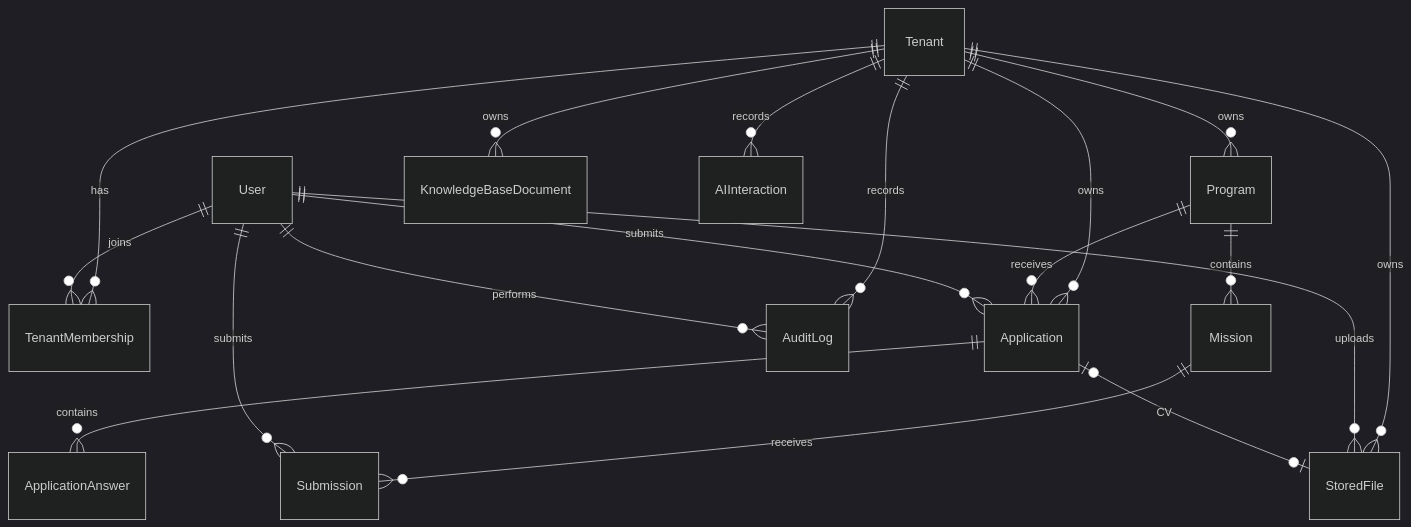
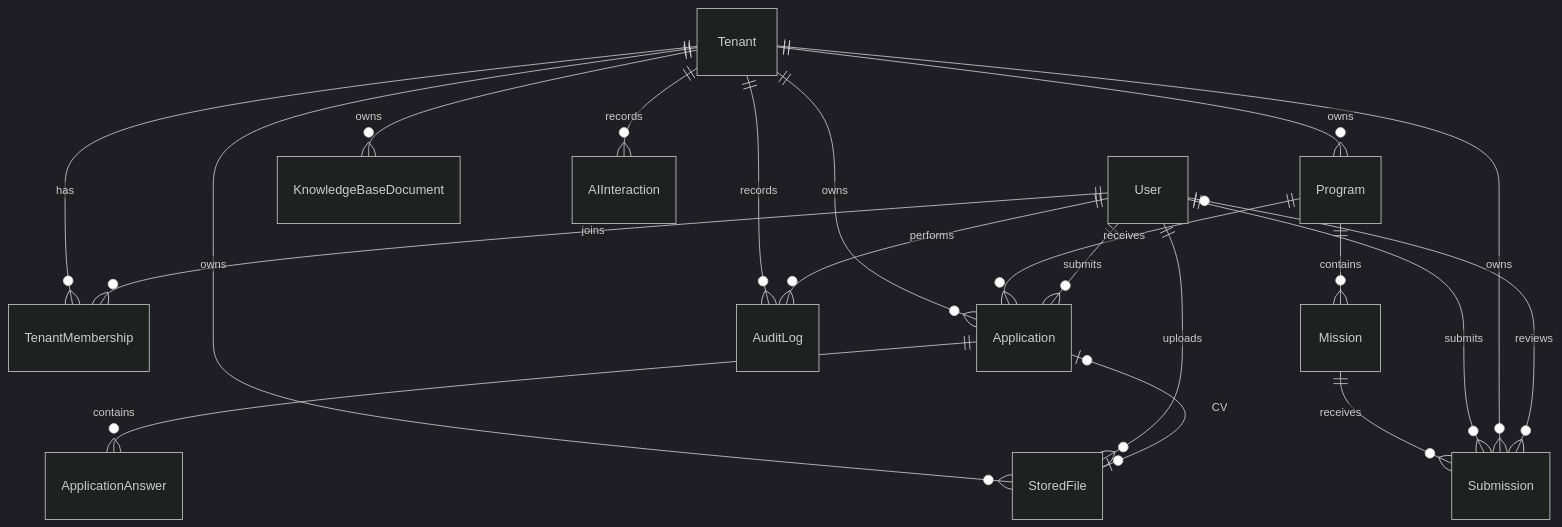
One commit to karimjindani/talentOS changed the diagram in docs/Data_Model.md. Above: the diagram before and after it, drawn with Mermaid (dark theme). The commit also changed other lines of this file and 9 other files, not shown here.

````diff
--- a/docs/Data_Model.md
+++ b/docs/Data_Model.md
@@ -74,20 +85,22 @@
 ```mermaid
 erDiagram
     Tenant ||--o{ TenantMembership : has
     User ||--o{ TenantMembership : joins
     Tenant ||--o{ Program : owns
     Tenant ||--o{ Application : owns
     Program ||--o{ Application : receives
     User ||--o{ Application : submits
     Application ||--o{ ApplicationAnswer : contains
     Tenant ||--o{ AuditLog : records
     User ||--o{ AuditLog : performs
     Program ||--o{ Mission : contains
     Mission ||--o{ Submission : receives
     User ||--o{ Submission : submits
+    Tenant ||--o{ Submission : owns
+    User |o--o{ Submission : reviews
     Tenant ||--o{ KnowledgeBaseDocument : owns
     Tenant ||--o{ AIInteraction : records
     Tenant ||--o{ StoredFile : owns
     User ||--o{ StoredFile : uploads
     Application |o--o| StoredFile : "CV"
 ```
````
